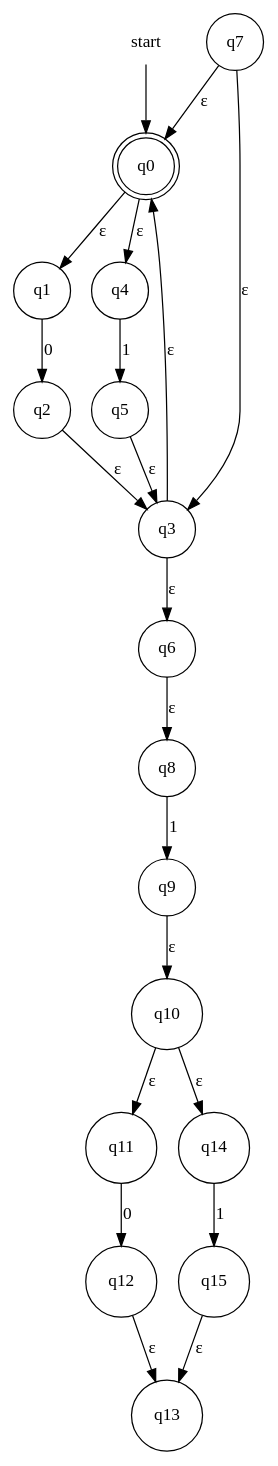
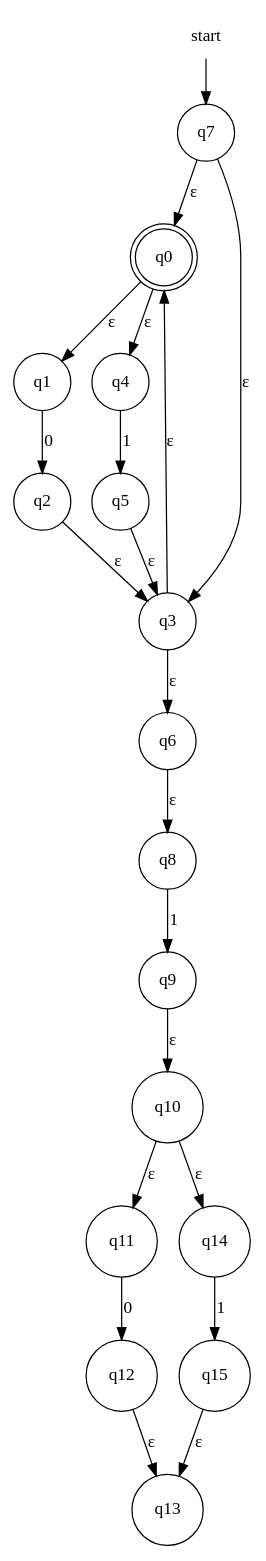
One commit to evertheylen/TA_TO changed the diagram in fase1/RE-eNFA/regex_1.dot. Above: the diagram before and after it, drawn with Graphviz. The commit also changed 5 other files, not shown here.

```diff
--- a/fase1/RE-eNFA/regex_1.dot
+++ b/fase1/RE-eNFA/regex_1.dot
@@ -1,25 +1,25 @@
 digraph automaton {
     node [shape=none]; start;
     node [shape=doublecircle]; "q0";
     node [shape=circle];
-    start -> "q0";
+    start -> "q7";
     "q0" -> "q1" [label="&epsilon;"];
     "q0" -> "q4" [label="&epsilon;"];
     "q1" -> "q2" [label="0"];
     "q2" -> "q3" [label="&epsilon;"];
     "q3" -> "q0" [label="&epsilon;"];
     "q3" -> "q6" [label="&epsilon;"];
     "q4" -> "q5" [label="1"];
     "q5" -> "q3" [label="&epsilon;"];
     "q6" -> "q8" [label="&epsilon;"];
     "q7" -> "q0" [label="&epsilon;"];
     "q7" -> "q3" [label="&epsilon;"];
     "q8" -> "q9" [label="1"];
     "q9" -> "q10" [label="&epsilon;"];
     "q10" -> "q11" [label="&epsilon;"];
     "q10" -> "q14" [label="&epsilon;"];
     "q11" -> "q12" [label="0"];
     "q12" -> "q13" [label="&epsilon;"];
     "q14" -> "q15" [label="1"];
     "q15" -> "q13" [label="&epsilon;"];
 }
```
